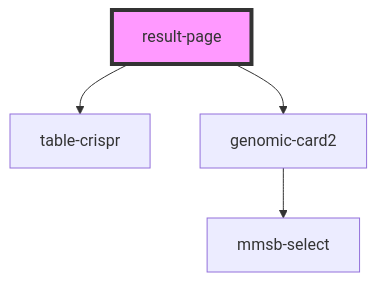
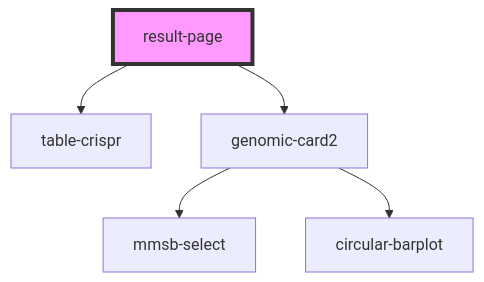
Before and after one commit to MMSB-MOBI/result_page_crispr: the diagram in src/components/result-page/readme.md, drawn with Mermaid. The commit also changed 8 other files, not shown here.

Commit message:
try circular barplot

````diff
--- a/src/components/result-page/readme.md
+++ b/src/components/result-page/readme.md
@@ -27,7 +27,8 @@
 ```mermaid
 graph TD;
   result-page --> table-crispr
   result-page --> genomic-card2
   genomic-card2 --> mmsb-select
+  genomic-card2 --> circular-barplot
   style result-page fill:#f9f,stroke:#333,stroke-width:4px
 ```
````
